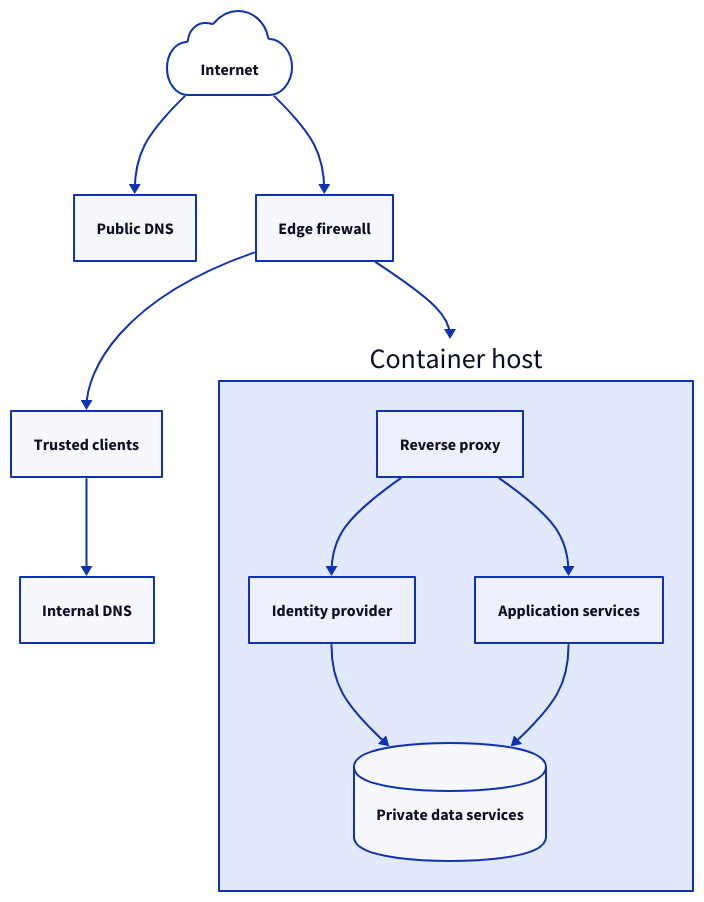
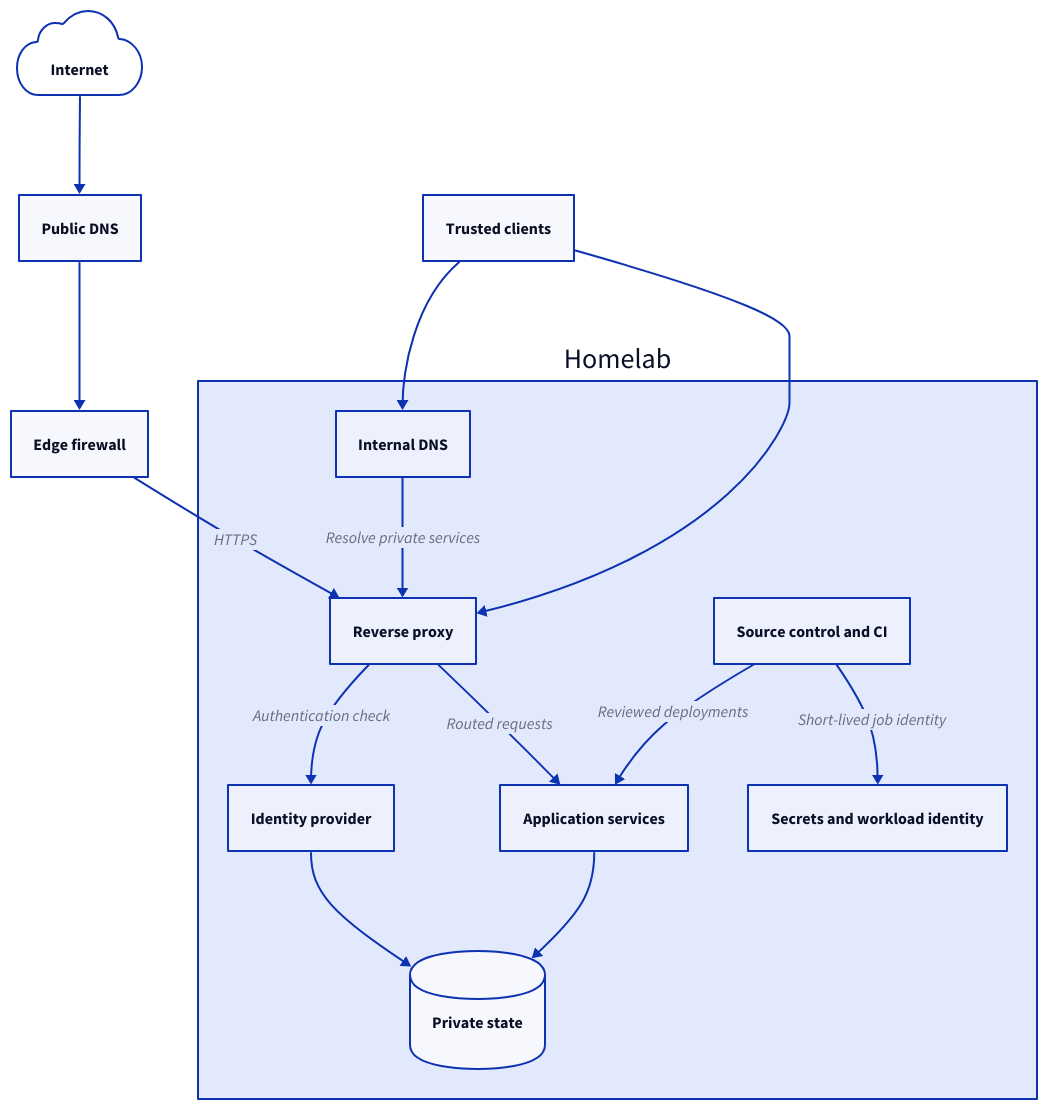
The diagram in src/content/homelab/architecture.md (marcusw0/marcusw0.github.io), drawn with D2 before and after one commit. The commit also changed other lines of this file and 40 other files, not shown here.

````diff
--- a/src/content/homelab/architecture.md
+++ b/src/content/homelab/architecture.md
@@ -13,26 +15,32 @@
-```d2 title="System overview: request and service flow"
+```d2 title="Homelab architecture and primary service relationships"
 direction: down
 
 internet: Internet { shape: cloud }
-dns: Public DNS
-firewall: Edge firewall
+publicdns: Public DNS
+edge: Edge firewall
 trusted: Trusted clients
-resolver: Internal DNS
-host: Container host {
+
+lab: Homelab {
+  dns: Internal DNS
   proxy: Reverse proxy
   identity: Identity provider
   apps: Application services
-  data: Private data services { shape: cylinder }
+  data: Private state { shape: cylinder }
+  gitlab: Source control and CI
+  openbao: Secrets and workload identity
 
-  proxy -> identity
-  proxy -> apps
+  dns -> proxy: Resolve private services
+  proxy -> identity: Authentication check
+  proxy -> apps: Routed requests
   identity -> data
   apps -> data
+  gitlab -> apps: Reviewed deployments
+  gitlab -> openbao: Short-lived job identity
 }
 
-internet -> dns
-internet -> firewall
-firewall -> trusted
-firewall -> host
-trusted -> resolver
+internet -> publicdns
+publicdns -> edge
+edge -> lab.proxy: HTTPS
+trusted -> lab.dns
+trusted -> lab.proxy
 ```
````
